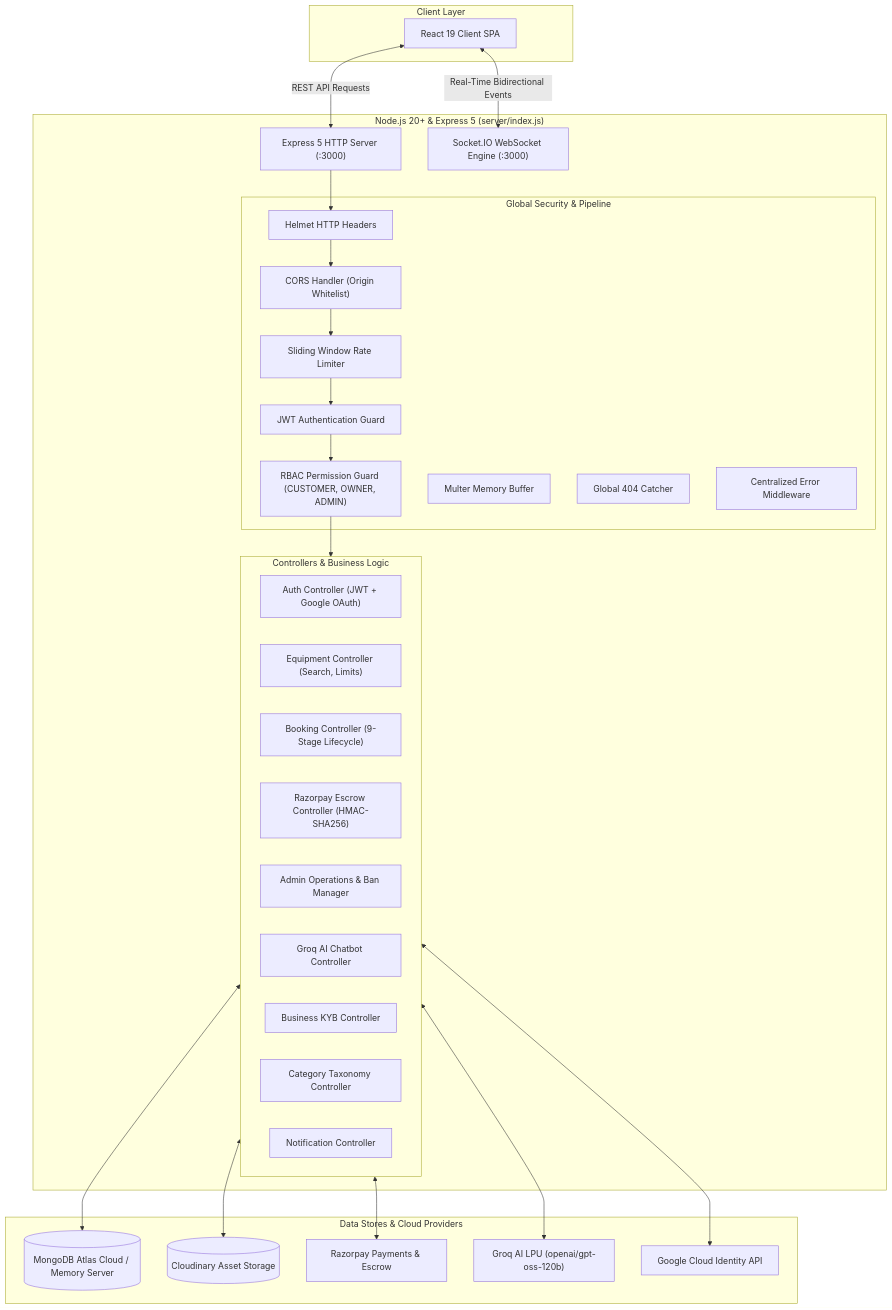
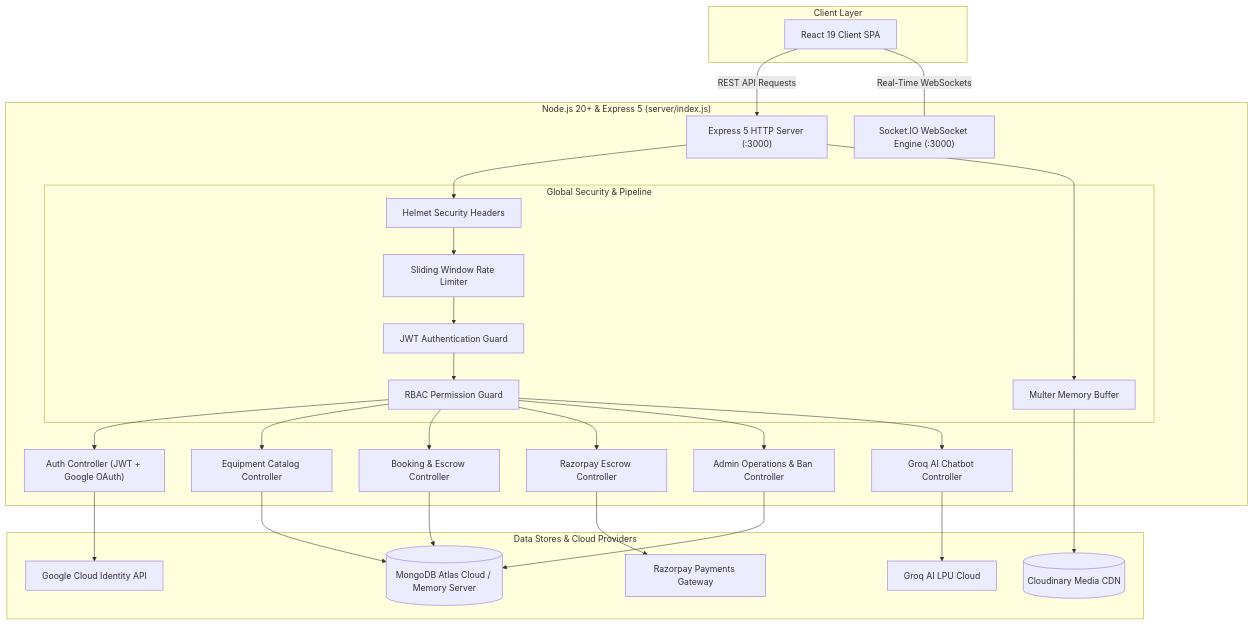
Before and after one commit to Rentra-Internship-Project/Rentra-Internship-Project: the first of 2 diagrams in server/README.md, drawn with Mermaid. The commit also changed other lines of this file and 2 other files, not shown here.

Commit message:
fix(docs): resolve GitHub Mermaid diagram coordinate error and LaTeX underscore syntax
- Fix Mermaid flowchart layout by connecting directly between node endpoints rather than subgraph IDs, resolving GitHub's Dagre 'Could not find a suitable point for the given distance' rendering error.

- Replace problematic LaTeX \$\$\text{...}\$\$ equation with universal clean markdown badge flow for the 9-stage booking state machine.

- Replace \$\rightarrow\$ math notation in server/README.md with native unicode arrows (→).

````diff
--- a/server/README.md
+++ b/server/README.md
@@ -27,54 +27,54 @@
 ```mermaid
 flowchart TD
     subgraph Client ["Client Layer"]
         ViteApp["React 19 Client SPA"]
     end
 
     subgraph ServerCore ["Node.js 20+ & Express 5 (server/index.js)"]
         HTTPGateway["Express 5 HTTP Server (:3000)"]
         SocketGateway["Socket.IO WebSocket Engine (:3000)"]
 
         subgraph MiddlewarePipeline ["Global Security & Pipeline"]
-            Helmet["Helmet HTTP Headers"]
-            CORS["CORS Handler (Origin Whitelist)"]
+            Helmet["Helmet Security Headers"]
             RateLimit["Sliding Window Rate Limiter"]
             JWTMiddleware["JWT Authentication Guard"]
-            RBACGuard["RBAC Permission Guard (CUSTOMER, OWNER, ADMIN)"]
+            RBACGuard["RBAC Permission Guard"]
             MulterMemory["Multer Memory Buffer"]
-            Unhandled404["Global 404 Catcher"]
-            ErrorHandler["Centralized Error Middleware"]
         end
 
-        subgraph Controllers ["Controllers & Business Logic"]
-            AuthController["Auth Controller (JWT + Google OAuth)"]
-            EquipController["Equipment Controller (Search, Limits)"]
-            BookingController["Booking Controller (9-Stage Lifecycle)"]
-            RazorpayController["Razorpay Escrow Controller (HMAC-SHA256)"]
-            AdminController["Admin Operations & Ban Manager"]
-            ChatController["Groq AI Chatbot Controller"]
-            BizController["Business KYB Controller"]
-            CatController["Category Taxonomy Controller"]
-            NotifyController["Notification Controller"]
-        end
+        AuthController["Auth Controller (JWT + Google OAuth)"]
+        EquipController["Equipment Catalog Controller"]
+        BookingController["Booking & Escrow Controller"]
+        RazorpayController["Razorpay Escrow Controller"]
+        AdminController["Admin Operations & Ban Controller"]
+        ChatController["Groq AI Chatbot Controller"]
     end
 
     subgraph DataServices ["Data Stores & Cloud Providers"]
         MongoAtlas[("MongoDB Atlas Cloud / Memory Server")]
-        CloudinaryCDN[("Cloudinary Asset Storage")]
-        RazorpayGateway["Razorpay Payments & Escrow"]
-        GroqCloud["Groq AI LPU (openai/gpt-oss-120b)"]
+        CloudinaryCDN[("Cloudinary Media CDN")]
+        RazorpayGateway["Razorpay Payments Gateway"]
+        GroqCloud["Groq AI LPU Cloud"]
         GoogleAuth["Google Cloud Identity API"]
     end
 
-    ViteApp <-->|REST API Requests| HTTPGateway
-    ViteApp <-->|Real-Time Bidirectional Events| SocketGateway
+    ViteApp -->|REST API Requests| HTTPGateway
+    ViteApp ---|Real-Time WebSockets| SocketGateway
 
-    HTTPGateway --> Helmet --> CORS --> RateLimit --> JWTMiddleware --> RBACGuard
-    RBACGuard --> Controllers
+    HTTPGateway --> Helmet --> RateLimit --> JWTMiddleware --> RBACGuard
+    RBACGuard --> AuthController
+    RBACGuard --> EquipController
+    RBACGuard --> BookingController
+    RBACGuard --> RazorpayController
+    RBACGuard --> AdminController
+    RBACGuard --> ChatController
+    HTTPGateway --> MulterMemory
 
-    Controllers <--> MongoAtlas
-    Controllers <--> CloudinaryCDN
-    Controllers <--> RazorpayGateway
-    Controllers <--> GroqCloud
-    Controllers <--> GoogleAuth
+    MulterMemory --> CloudinaryCDN
+    EquipController --> MongoAtlas
+    BookingController --> MongoAtlas
+    AdminController --> MongoAtlas
+    RazorpayController --> RazorpayGateway
+    ChatController --> GroqCloud
+    AuthController --> GoogleAuth
 ```
````
